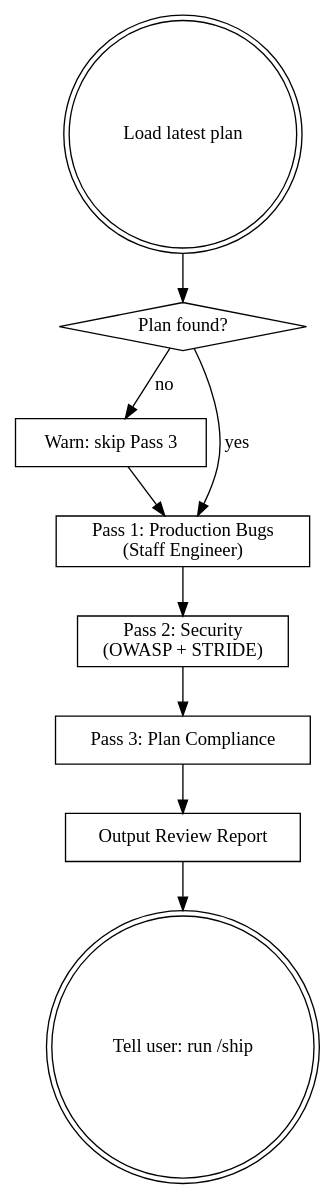
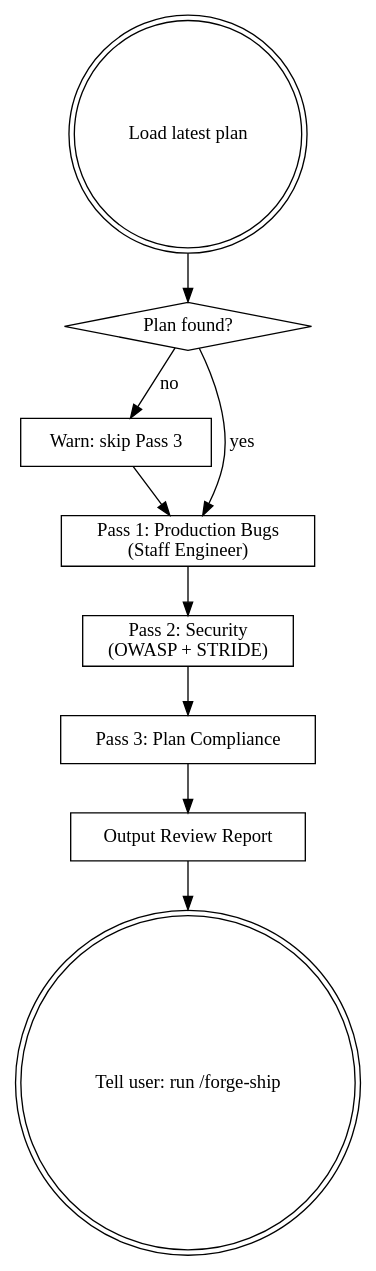
One commit to zmzhace/fullstack-skills changed the diagram in skills/review/SKILL.md. Above: the diagram before and after it, drawn with Graphviz. The commit also changed other lines of this file and 28 other files, not shown here.

````diff
--- a/skills/review/SKILL.md
+++ b/skills/review/SKILL.md
@@ -12,22 +12,22 @@
 ```dot
 digraph review {
     rankdir=TB;
     start   [label="Load latest plan", shape=doublecircle];
     found   [label="Plan found?", shape=diamond];
     warn    [label="Warn: skip Pass 3", shape=box];
     p1      [label="Pass 1: Production Bugs\n(Staff Engineer)", shape=box];
     p2      [label="Pass 2: Security\n(OWASP + STRIDE)", shape=box];
     p3      [label="Pass 3: Plan Compliance", shape=box];
     report  [label="Output Review Report", shape=box];
-    done    [label="Tell user: run /ship", shape=doublecircle];
+    done    [label="Tell user: run /forge-ship", shape=doublecircle];
 
     start -> found;
     found -> p1 [label="yes"];
     found -> warn [label="no"];
     warn -> p1;
     p1 -> p2;
     p2 -> p3;
     p3 -> report;
     report -> done;
 }
 ```
````
